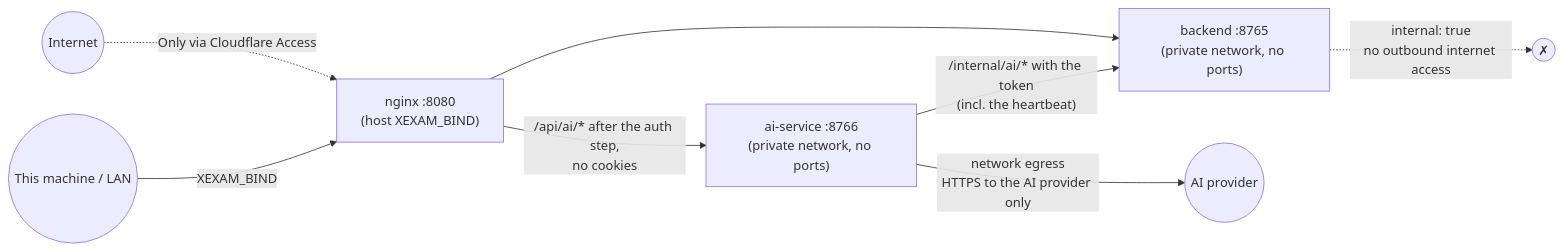
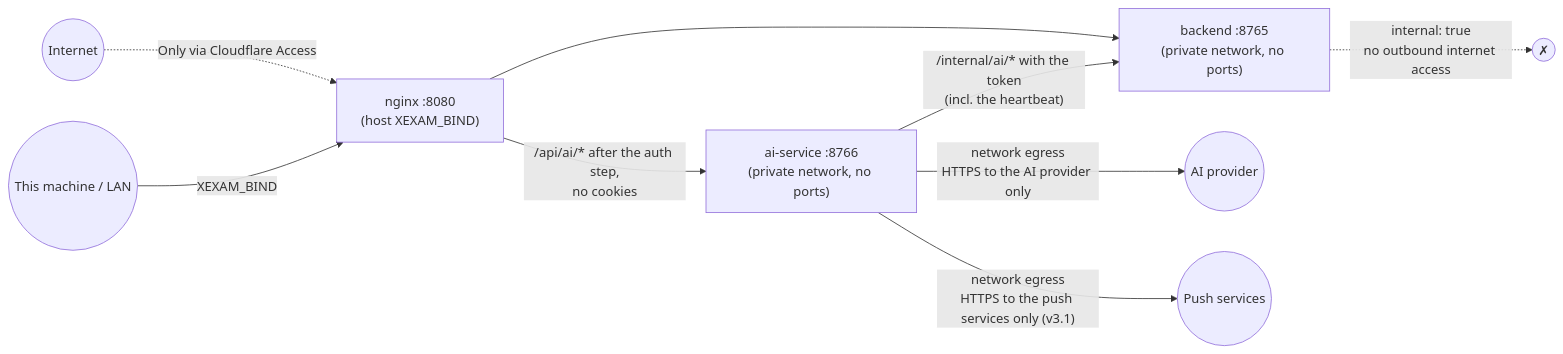
The diagram in docs/en/security.md (Yumin-Space/xexam), drawn with Mermaid before and after one commit. The commit also changed other lines of this file and 346 other files, not shown here.

````diff
--- a/docs/en/security.md
+++ b/docs/en/security.md
@@ -32,10 +32,11 @@
 ```mermaid
 flowchart LR
     I(("Internet")) -.->|"Only via Cloudflare Access"| N["nginx :8080<br/>(host XEXAM_BIND)"]
     L(("This machine / LAN")) -->|"XEXAM_BIND"| N
     N --> B["backend :8765<br/>(private network, no ports)"]
     N -->|"/api/ai/* after the auth step,<br/>no cookies"| A["ai-service :8766<br/>(private network, no ports)"]
     A -->|"/internal/ai/* with the token<br/>(incl. the heartbeat)"| B
     B -. "internal: true<br/>no outbound internet access" .-> X(("✗"))
     A -->|"network egress<br/>HTTPS to the AI provider only"| P(("AI provider"))
+    A -->|"network egress<br/>HTTPS to the push services only (v3.1)"| W(("Push services"))
 ```
````
